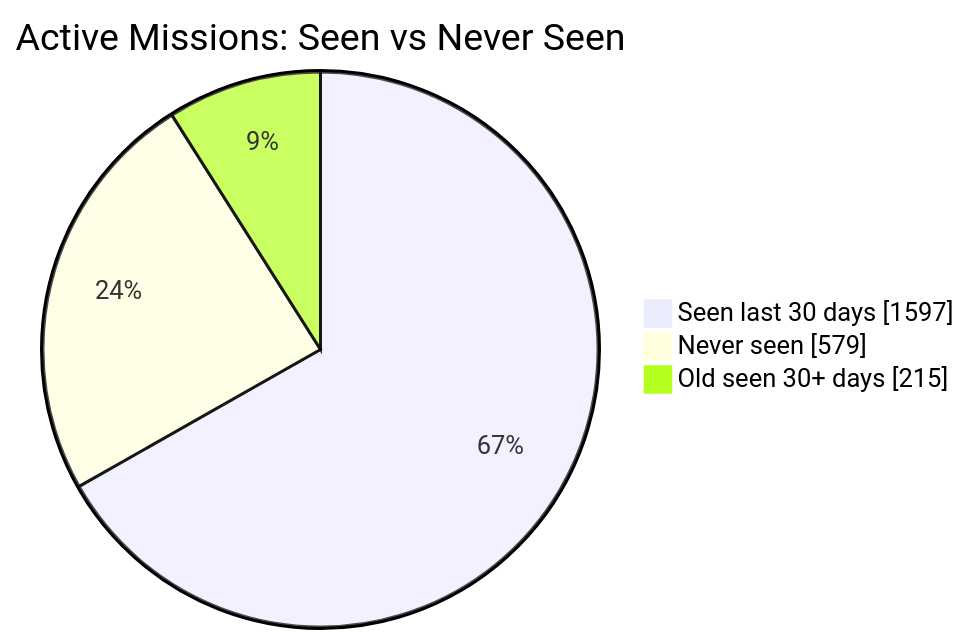
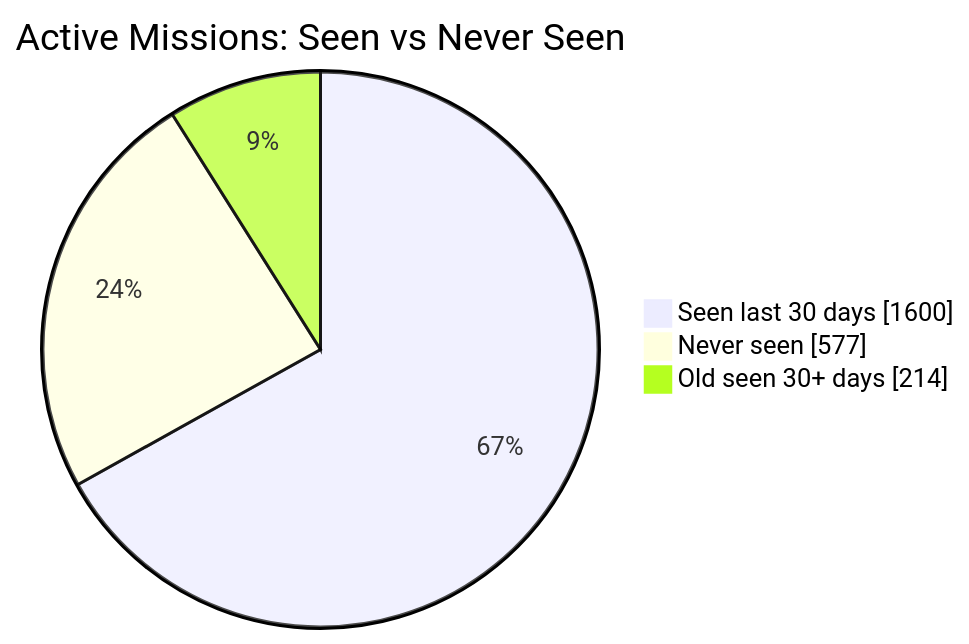
Before and after one commit to MeldkamerspelGameTeam/active-missions: the first of 2 diagrams in README.md, drawn with Mermaid. The commit also changed other lines of this file and 3 other files, not shown here.

````diff
--- a/README.md
+++ b/README.md
@@ -34,7 +34,7 @@
 ```mermaid
 pie showData
     title Active Missions: Seen vs Never Seen
-    "Seen last 30 days" : 1597
-    "Never seen" : 579
-    "Old seen 30+ days" : 215
+    "Seen last 30 days" : 1600
+    "Never seen" : 577
+    "Old seen 30+ days" : 214
 ```
````
